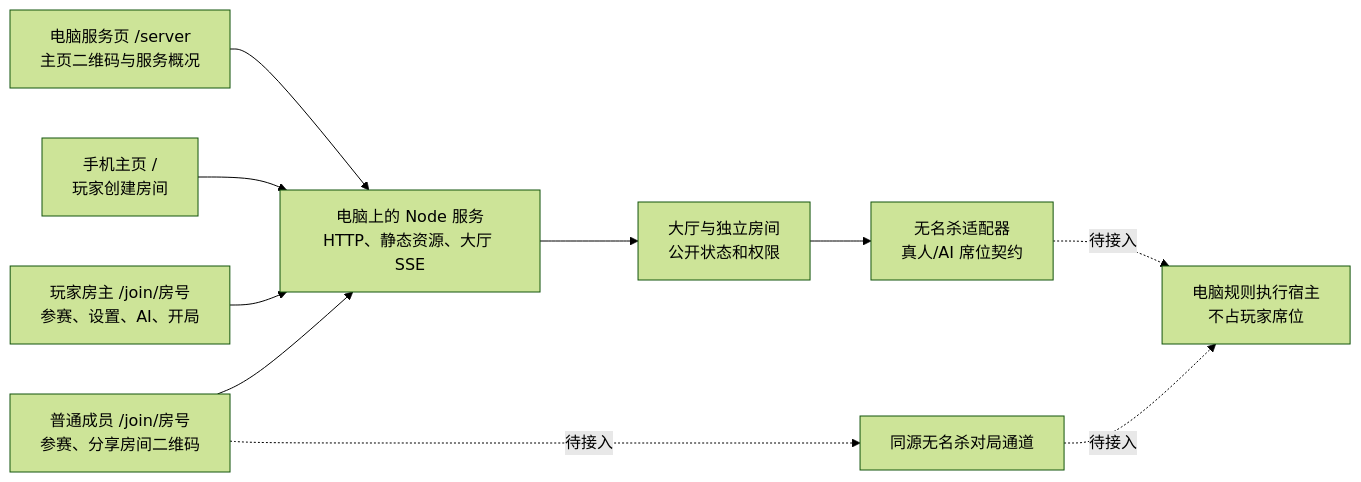
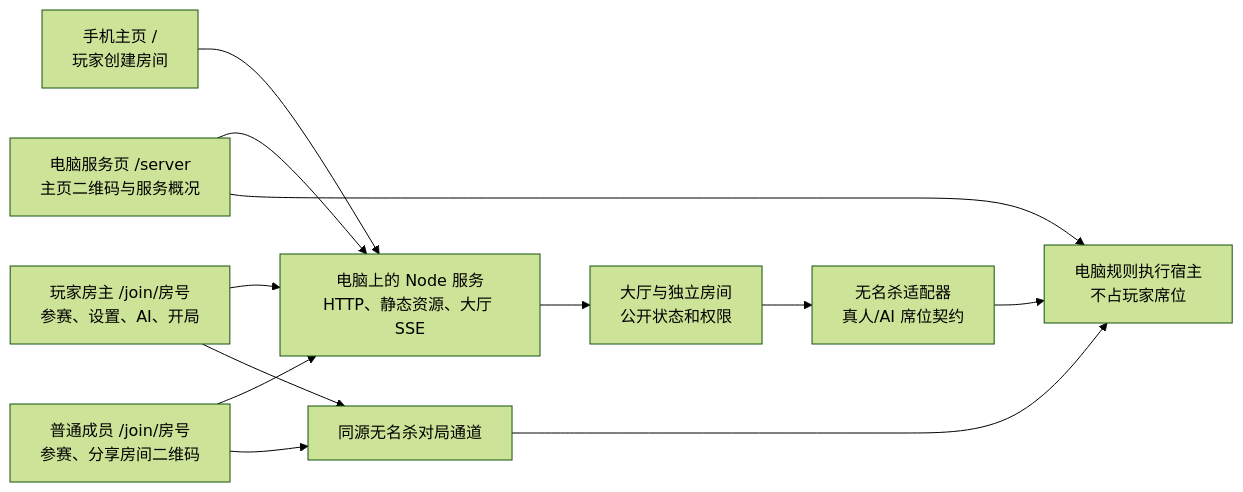
Before and after one commit to liyan1775/party-sanguosha: the diagram in docs/architecture.md, drawn with Mermaid (forest theme). The commit also changed other lines of this file and 46 other files, not shown here.

````diff
--- a/docs/architecture.md
+++ b/docs/architecture.md
@@ -5,12 +5,14 @@
 ```mermaid
 flowchart LR
   PC[电脑服务页 /server\n主页二维码与服务概况] --> Gateway[电脑上的 Node 服务\nHTTP、静态资源、大厅 SSE]
   Home[手机主页 /\n玩家创建房间] --> Gateway
   Owner[玩家房主 /join/房号\n参赛、设置、AI、开局] --> Gateway
   Members[普通成员 /join/房号\n参赛、分享房间二维码] --> Gateway
   Gateway --> Lobby[大厅与独立房间\n公开状态和权限]
   Lobby --> Adapter[无名杀适配器\n真人/AI 席位契约]
-  Adapter -. 待接入 .-> Worker[电脑规则执行宿主\n不占玩家席位]
-  Members -. 待接入 .-> Relay[同源无名杀对局通道]
-  Relay -. 待接入 .-> Worker
+  Adapter --> Worker[电脑规则执行宿主\n不占玩家席位]
+  PC --> Worker
+  Owner --> Relay[同源无名杀对局通道]
+  Members --> Relay
+  Relay --> Worker
 ```
````
